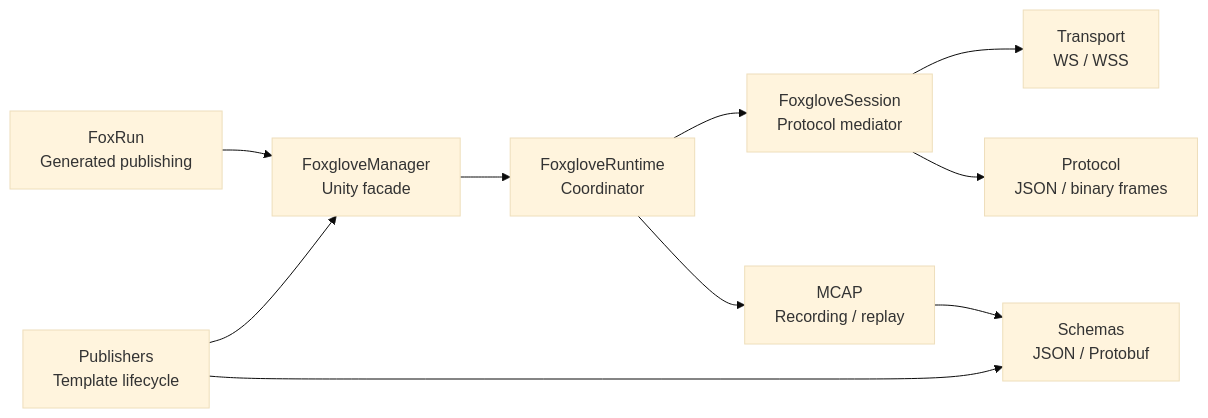
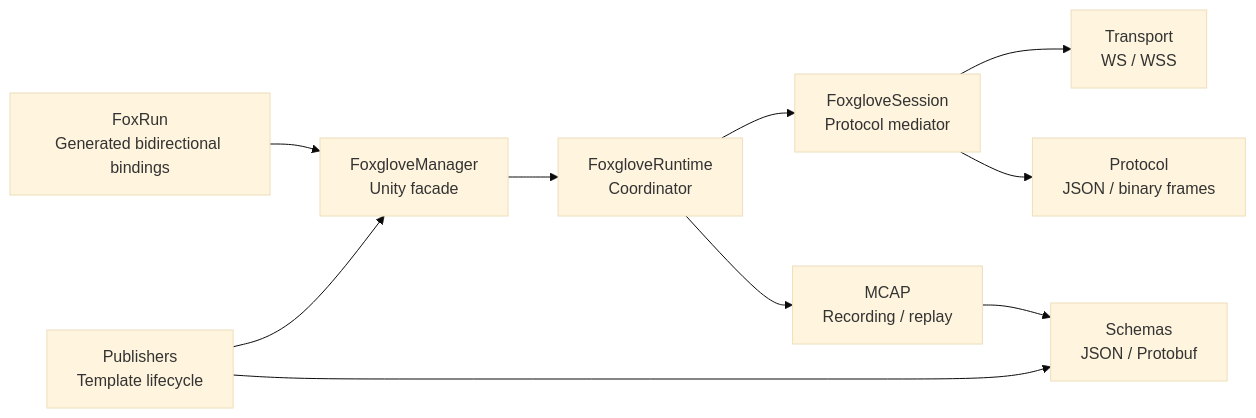
One commit to JianbinLiu-CFLab/unity-foxglove-sdk changed the diagram in docs/architecture-patterns.md. Above: the diagram before and after it, drawn with Mermaid (base theme). The commit also changed other lines of this file and 10 other files, not shown here.

Commit message:
docs: refresh FoxRun replay and release guidance

````diff
--- a/docs/architecture-patterns.md
+++ b/docs/architecture-patterns.md
@@ -9,22 +9,22 @@
 ```mermaid
 flowchart LR
   Manager["FoxgloveManager<br/>Unity facade"]
   Runtime["FoxgloveRuntime<br/>Coordinator"]
   Session["FoxgloveSession<br/>Protocol mediator"]
   Transport["Transport<br/>WS / WSS"]
   Protocol["Protocol<br/>JSON / binary frames"]
   Mcap["MCAP<br/>Recording / replay"]
   Schemas["Schemas<br/>JSON / Protobuf"]
   Publishers["Publishers<br/>Template lifecycle"]
-  FoxRun["FoxRun<br/>Generated publishing"]
+  FoxRun["FoxRun<br/>Generated bidirectional bindings"]
 
   Manager --> Runtime
   Runtime --> Session
   Session --> Transport
   Session --> Protocol
   Runtime --> Mcap
   Publishers --> Manager
   FoxRun --> Manager
   Publishers --> Schemas
   Mcap --> Schemas
 ```
````
